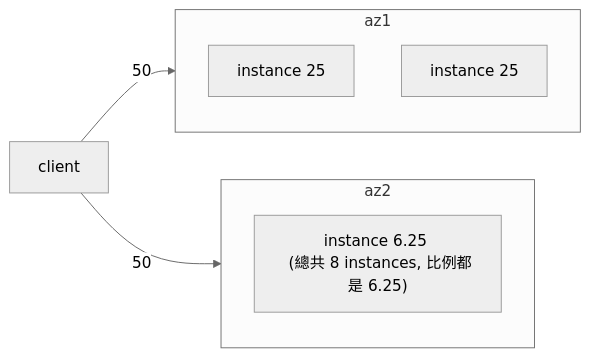
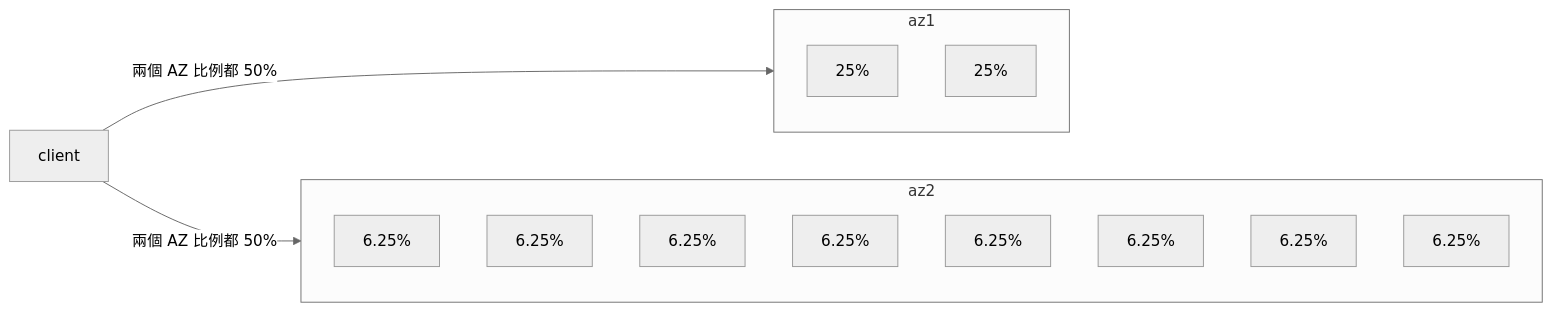
One commit to cool21540125/documentation-notes changed the fifth of 5 diagrams in aws/ELB.md. Above: the diagram before and after it, drawn with Mermaid (neutral theme). The commit also changed other lines of this file and 10 other files, not shown here.

````diff
--- a/aws/ELB.md
+++ b/aws/ELB.md
@@ -203,16 +207,17 @@
 ```mermaid
 flowchart LR
 
 subgraph az1
     direction TB;
-    ec0["instance 25"];
-    ec1["instance 25"];
+    ec0["25%"];
+    ec1["25%"];
 end
 subgraph az2
     direction TB;
-    ec2["instance 6.25 \n (總共 8 instances, 比例都是 6.25)"];
+    ec2["6.25%"]; ec3["6.25%"]; ec4["6.25%"]; ec5["6.25%"];
+    ec6["6.25%"]; ec7["6.25%"]; ec8["6.25%"]; ec9["6.25%"];
 end
 
-client -- 50 --> az1;
-client -- 50 --> az2;
+client -- "兩個 AZ 比例都 50%" --> az1;
+client -- "兩個 AZ 比例都 50%" --> az2;
 ```
````
